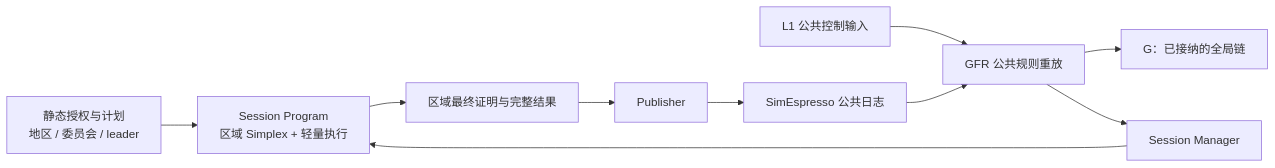
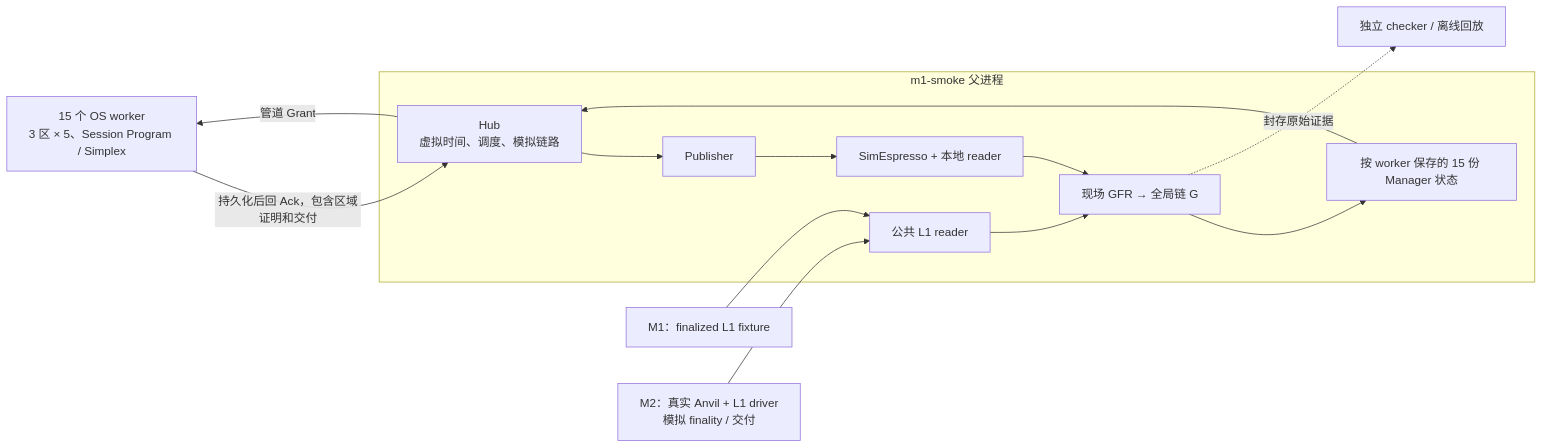
One commit to Vieloooo/MegaRotation_POC changed the diagram in poc/docs/PoC架构与阶段工作报告.md. Above: the diagram before and after it, drawn with Mermaid. The commit also changed other lines of this file, not shown here.

````diff
--- a/poc/docs/PoC架构与阶段工作报告.md
+++ b/poc/docs/PoC架构与阶段工作报告.md
@@ -65,12 +19,21 @@
 ```mermaid
 flowchart LR
-    A["静态授权与计划\n地区 / 委员会 / leader"] --> S["Session Program\n区域 Simplex + 轻量执行"]
-    S --> F["区域最终证明与完整结果"]
-    F --> P["Publisher"]
-    P --> E["SimEspresso 公共日志"]
-    L["L1 公共控制输入"] --> G["GFR 公共规则重放"]
-    E --> G
-    G --> C["G：已接纳的全局链"]
-    G --> M["Session Manager"]
-    M --> S
+    W["15 个 OS worker<br/>3 区 × 5、Session Program / Simplex"]
+    subgraph H["m1-smoke 父进程"]
+        S["Hub<br/>虚拟时间、调度、模拟链路"]
+        P["Publisher"]
+        E["SimEspresso + 本地 reader"]
+        G["现场 GFR → 全局链 G"]
+        M["按 worker 保存的 15 份 Manager 状态"]
+        L["公共 L1 reader"]
+        P --> E --> G --> M
+        L --> G
+        M --> S
+        S --> P
+    end
+    S -->|"管道 Grant"| W
+    W -->|"持久化后回 Ack，包含区域证明和交付"| S
+    F["M1：finalized L1 fixture"] --> L
+    A["M2：真实 Anvil + L1 driver<br/>模拟 finality / 交付"] --> L
+    G -. "封存原始证据" .-> C["独立 checker / 离线回放"]
 ```
````
